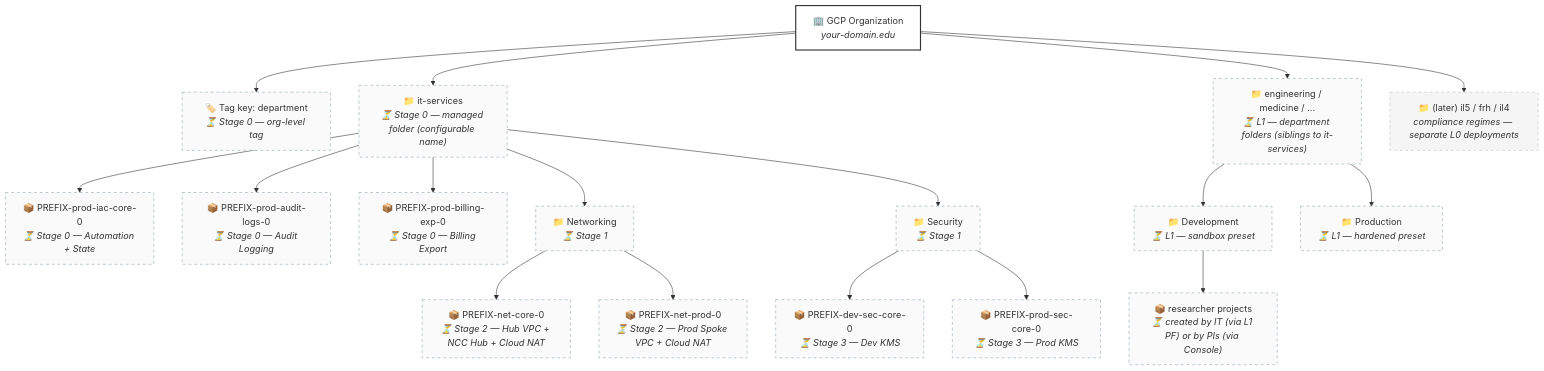
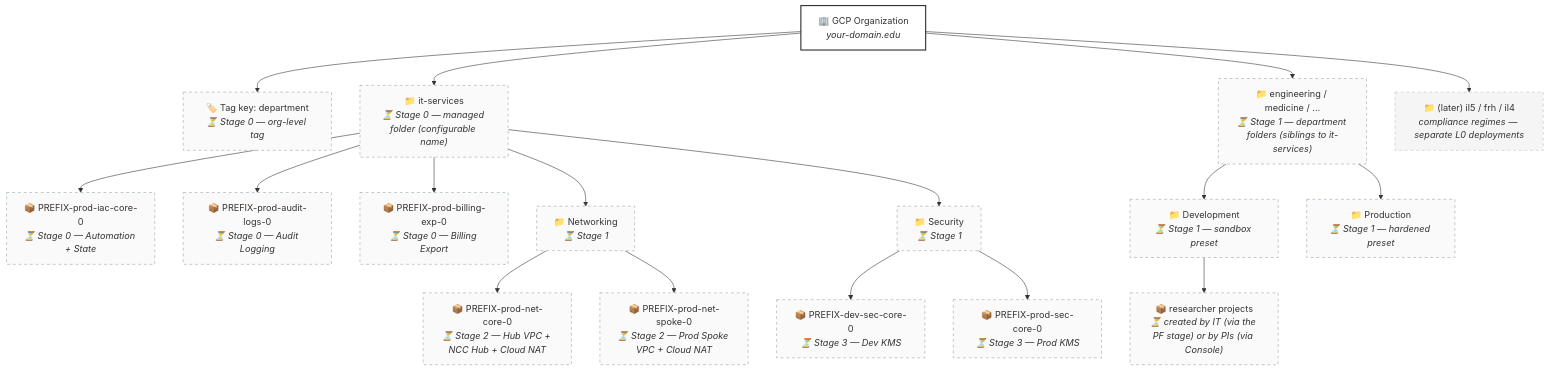
Before and after one commit to WandLZhang/fast-science-0-stellar-engine: the second of 4 diagrams in README.md, drawn with Mermaid. The commit also changed 5 other files, not shown here.

First line of the commit message:
fix: name the NCC spoke project and departments in samples and comments

````diff
--- a/README.md
+++ b/README.md
@@ -87,45 +87,45 @@
 ```mermaid
 graph TB
     ORG["🏢 GCP Organization<br/><i>your-domain.edu</i>"]
     TAG["🏷️ Tag key: department<br/><i>⏳ Stage 0 — org-level tag</i>"]
 
     ORG --> TAG
     ORG --> IT["📁 it-services<br/><i>⏳ Stage 0 — managed folder (configurable name)</i>"]
 
     IT --> P1["📦 PREFIX-prod-iac-core-0<br/><i>⏳ Stage 0 — Automation + State</i>"]
     IT --> P2["📦 PREFIX-prod-audit-logs-0<br/><i>⏳ Stage 0 — Audit Logging</i>"]
     IT --> P3["📦 PREFIX-prod-billing-exp-0<br/><i>⏳ Stage 0 — Billing Export</i>"]
     IT --> NET["📁 Networking<br/><i>⏳ Stage 1</i>"]
     IT --> SEC["📁 Security<br/><i>⏳ Stage 1</i>"]
 
-    NET --> P4["📦 PREFIX-net-core-0<br/><i>⏳ Stage 2 — Hub VPC + NCC Hub + Cloud NAT</i>"]
-    NET --> P5["📦 PREFIX-net-prod-0<br/><i>⏳ Stage 2 — Prod Spoke VPC + Cloud NAT</i>"]
+    NET --> P4["📦 PREFIX-prod-net-core-0<br/><i>⏳ Stage 2 — Hub VPC + NCC Hub + Cloud NAT</i>"]
+    NET --> P5["📦 PREFIX-prod-net-spoke-0<br/><i>⏳ Stage 2 — Prod Spoke VPC + Cloud NAT</i>"]
 
     SEC --> P8["📦 PREFIX-dev-sec-core-0<br/><i>⏳ Stage 3 — Dev KMS</i>"]
     SEC --> P9["📦 PREFIX-prod-sec-core-0<br/><i>⏳ Stage 3 — Prod KMS</i>"]
 
-    ORG --> DEPT["📁 engineering / medicine / ...<br/><i>⏳ L1 — department folders (siblings to it-services)</i>"]
-    DEPT --> DEV["📁 Development<br/><i>⏳ L1 — sandbox preset</i>"]
-    DEPT --> PROD["📁 Production<br/><i>⏳ L1 — hardened preset</i>"]
-    DEV --> RP["📦 researcher projects<br/><i>⏳ created by IT (via L1 PF) or by PIs (via Console)</i>"]
+    ORG --> DEPT["📁 engineering / medicine / ...<br/><i>⏳ Stage 1 — department folders (siblings to it-services)</i>"]
+    DEPT --> DEV["📁 Development<br/><i>⏳ Stage 1 — sandbox preset</i>"]
+    DEPT --> PROD["📁 Production<br/><i>⏳ Stage 1 — hardened preset</i>"]
+    DEV --> RP["📦 researcher projects<br/><i>⏳ created by IT (via the PF stage) or by PIs (via Console)</i>"]
 
     ORG --> CR["📁 (later) il5 / frh / il4<br/><i>compliance regimes — separate L0 deployments</i>"]
 
     style ORG fill:#fff,stroke:#333,stroke-width:2px
     style TAG stroke-dasharray: 5 5,stroke:#90a4ae,fill:#fafafa
     style IT stroke-dasharray: 5 5,stroke:#90a4ae,fill:#fafafa
     style NET stroke-dasharray: 5 5,stroke:#90a4ae,fill:#fafafa
     style SEC stroke-dasharray: 5 5,stroke:#90a4ae,fill:#fafafa
     style P1 stroke-dasharray: 5 5,stroke:#90a4ae,fill:#fafafa
     style P2 stroke-dasharray: 5 5,stroke:#90a4ae,fill:#fafafa
     style P3 stroke-dasharray: 5 5,stroke:#90a4ae,fill:#fafafa
     style P4 stroke-dasharray: 5 5,stroke:#90a4ae,fill:#fafafa
     style P5 stroke-dasharray: 5 5,stroke:#90a4ae,fill:#fafafa
     style P8 stroke-dasharray: 5 5,stroke:#90a4ae,fill:#fafafa
     style P9 stroke-dasharray: 5 5,stroke:#90a4ae,fill:#fafafa
     style DEPT stroke-dasharray: 5 5,stroke:#90a4ae,fill:#fafafa
     style DEV stroke-dasharray: 5 5,stroke:#90a4ae,fill:#fafafa
     style PROD stroke-dasharray: 5 5,stroke:#90a4ae,fill:#fafafa
     style RP stroke-dasharray: 5 5,stroke:#90a4ae,fill:#fafafa
     style CR stroke-dasharray: 5 5,stroke:#bdbdbd,fill:#f5f5f5
 ```
````
